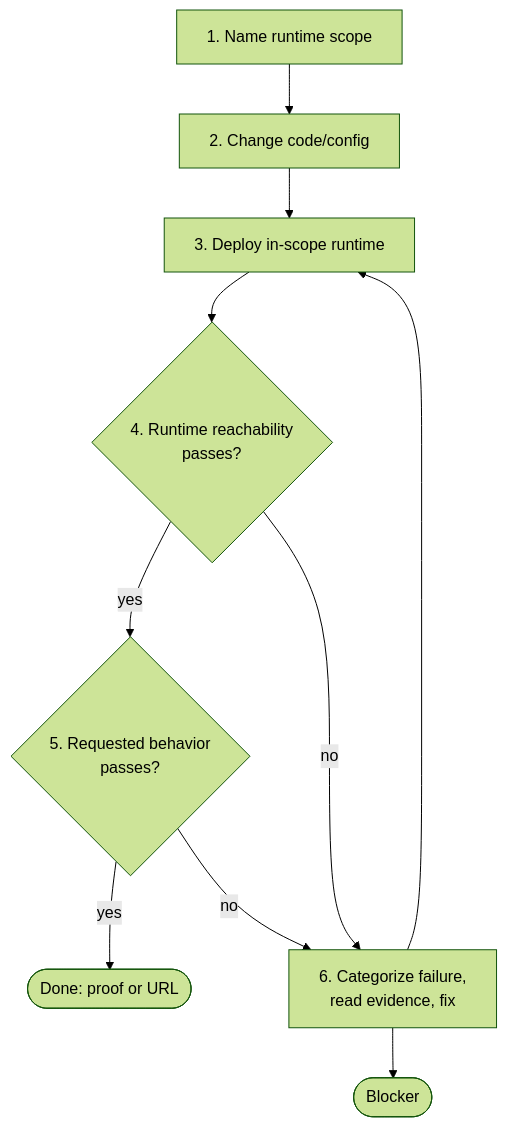
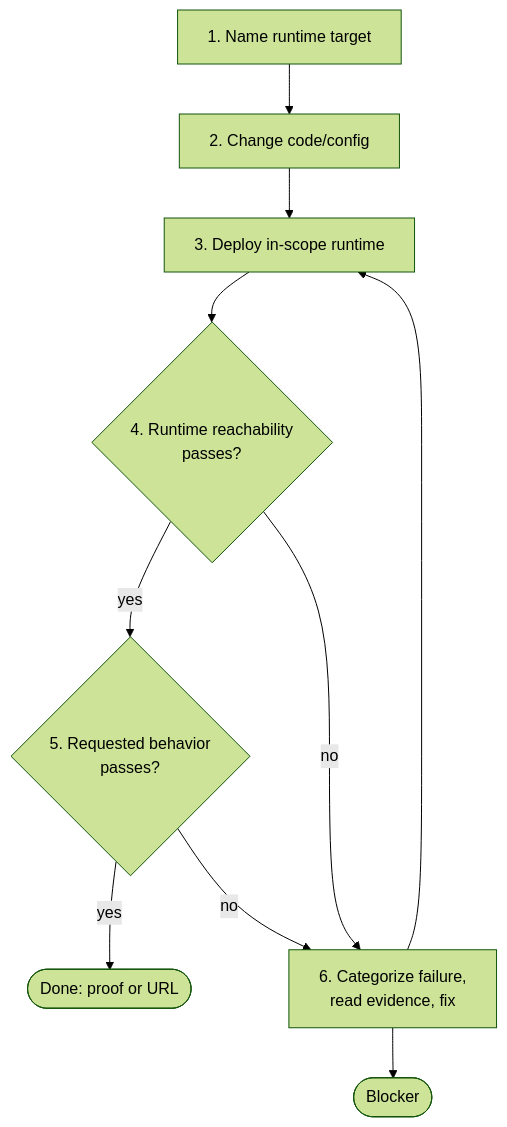
The second of 2 diagrams in apps/docs/content/zcp/reference/agent-workflow.mdx (zeropsio/docs), drawn with Mermaid (forest theme) before and after one commit. The commit also changed other lines of this file and 21 other files, not shown here.

````diff
--- a/apps/docs/content/zcp/reference/agent-workflow.mdx
+++ b/apps/docs/content/zcp/reference/agent-workflow.mdx
@@ -56,18 +56,18 @@
 ```mermaid
 flowchart TD
-  scope["1. Name runtime scope"]
+  scope["1. Name runtime target"]
   change["2. Change code/config"]
   deploy["3. Deploy in-scope runtime"]
   reach{"4. Runtime reachability<br/>passes?"}
   behavior{"5. Requested behavior<br/>passes?"}
   done(["Done: proof or URL"])
   fix["6. Categorize failure,<br/>read evidence, fix"]
   blocker(["Blocker"])
   scope --> change --> deploy --> reach
   reach -- yes --> behavior
   reach -- no --> fix
   behavior -- yes --> done
   behavior -- no --> fix
   fix --> deploy
   fix --> blocker
 ```
````
